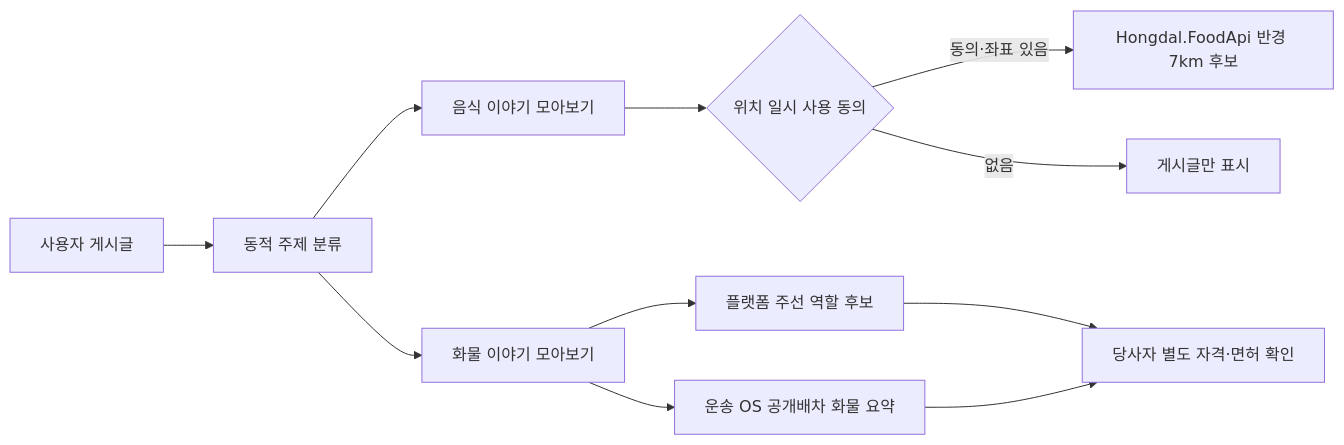
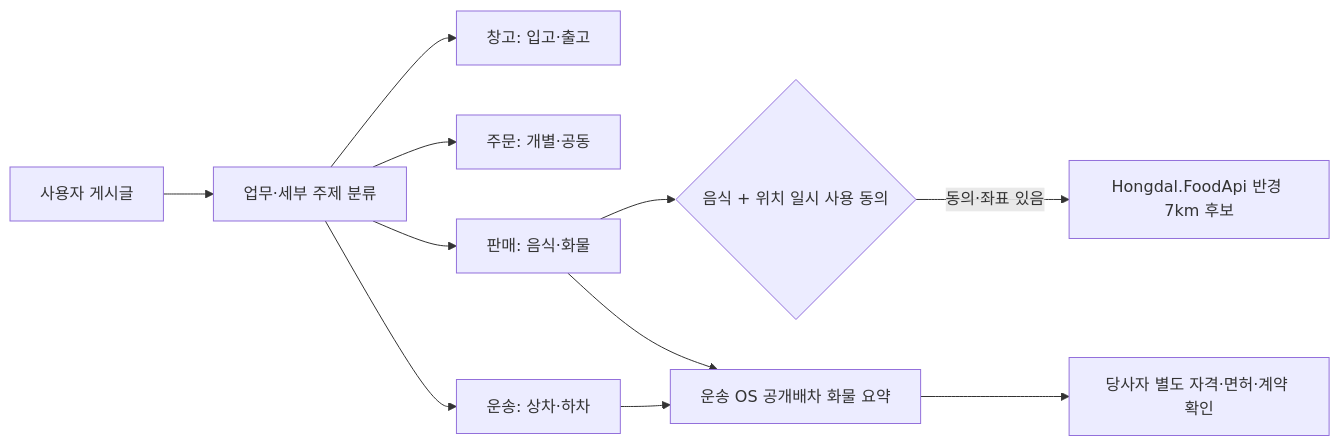
The diagram in docs/Architecture/CommunityDynamicTopicDiscovery.md (cheolwo/hongdal), drawn with Mermaid before and after one commit. The commit also changed other lines of this file and 7 other files, not shown here.

````diff
--- a/docs/Architecture/CommunityDynamicTopicDiscovery.md
+++ b/docs/Architecture/CommunityDynamicTopicDiscovery.md
@@ -7,13 +27,13 @@
 ```mermaid
 flowchart LR
-    A["사용자 게시글"] --> B["동적 주제 분류"]
-    B --> C["음식 이야기 모아보기"]
-    B --> D["화물 이야기 모아보기"]
-    C --> E{"위치 일시 사용 동의"}
-    E -->|동의·좌표 있음| F["Hongdal.FoodApi 반경 7km 후보"]
-    E -->|없음| G["게시글만 표시"]
-    D --> H["플랫폼 주선 역할 후보"]
-    D --> I["운송 OS 공개배차 화물 요약"]
-    H --> J["당사자 별도 자격·면허 확인"]
-    I --> J
+    A["사용자 게시글"] --> B["업무·세부 주제 분류"]
+    B --> C["창고: 입고·출고"]
+    B --> D["주문: 개별·공동"]
+    B --> E["판매: 음식·화물"]
+    B --> F["운송: 상차·하차"]
+    E --> G{"음식 + 위치 일시 사용 동의"}
+    G -->|동의·좌표 있음| H["Hongdal.FoodApi 반경 7km 후보"]
+    E --> I["운송 OS 공개배차 화물 요약"]
+    F --> I
+    I --> J["당사자 별도 자격·면허·계약 확인"]
 ```
````
